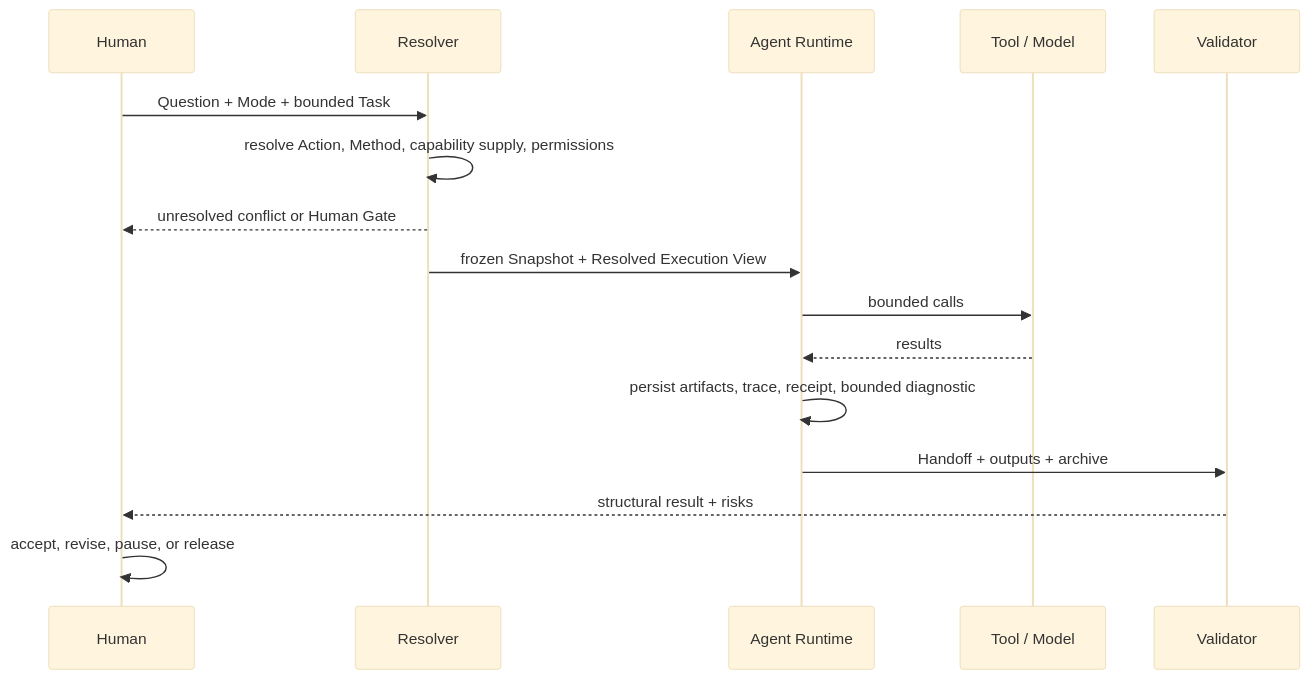
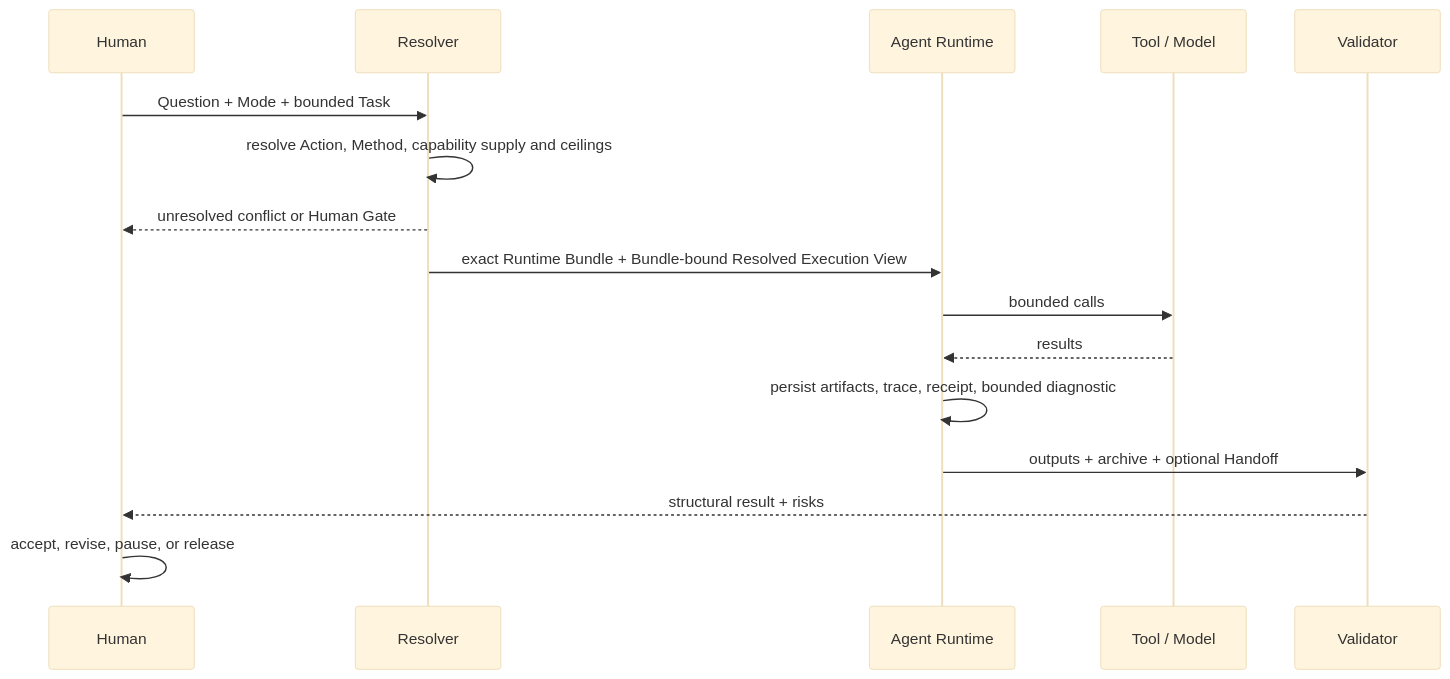
The second of 3 diagrams in docs/ARCHITECTURE.md (Chengyue-Lu/research-agent-workbench), drawn with Mermaid (base theme) before and after one commit. The commit also changed other lines of this file and 43 other files, not shown here.

Commit message:
docs: align post-integration architecture and task truth

````diff
--- a/docs/ARCHITECTURE.md
+++ b/docs/ARCHITECTURE.md
@@ -57,19 +58,19 @@
 ```mermaid
 sequenceDiagram
     participant H as Human
     participant R as Resolver
     participant A as Agent Runtime
     participant T as Tool / Model
     participant V as Validator
 
     H->>R: Question + Mode + bounded Task
-    R->>R: resolve Action, Method, capability supply, permissions
+    R->>R: resolve Action, Method, capability supply and ceilings
     R-->>H: unresolved conflict or Human Gate
-    R->>A: frozen Snapshot + Resolved Execution View
+    R->>A: exact Runtime Bundle + Bundle-bound Resolved Execution View
     A->>T: bounded calls
     T-->>A: results
     A->>A: persist artifacts, trace, receipt, bounded diagnostic
-    A->>V: Handoff + outputs + archive
+    A->>V: outputs + archive + optional Handoff
     V-->>H: structural result + risks
     H->>H: accept, revise, pause, or release
 ```
````
